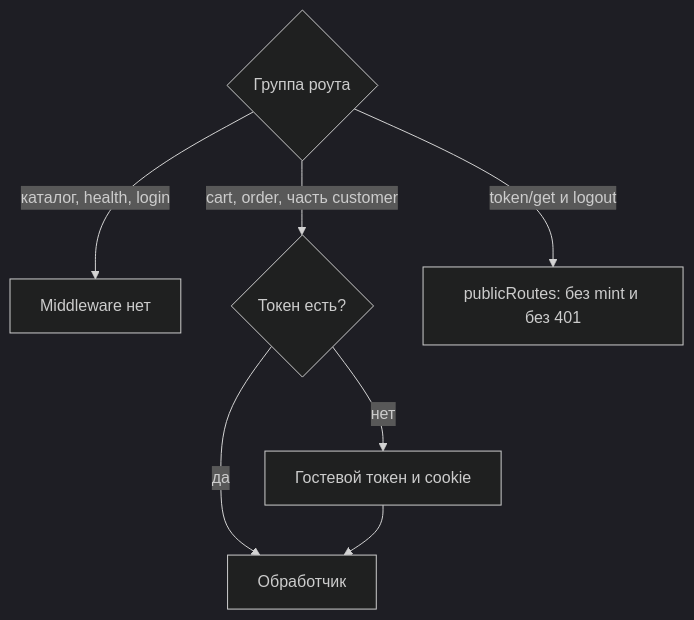
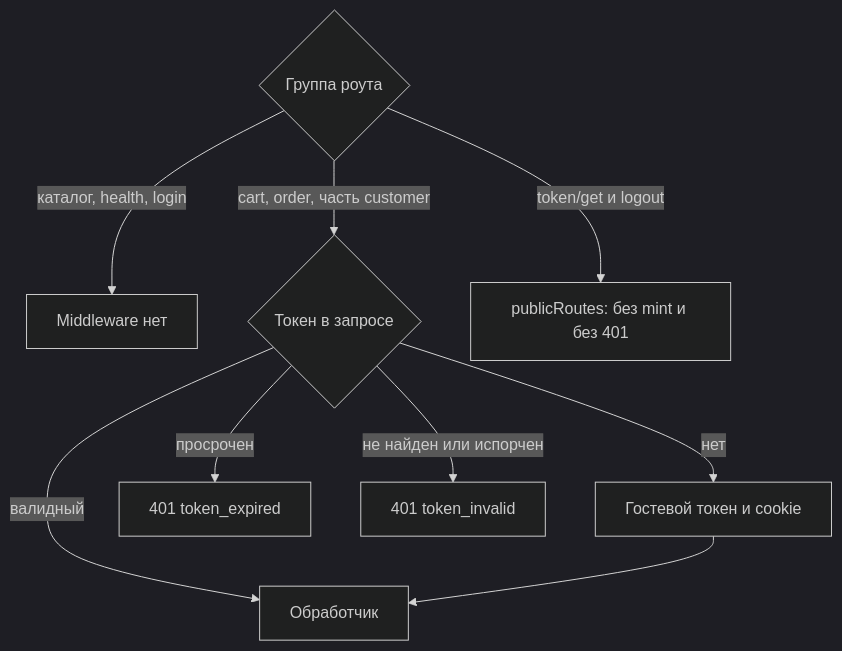
The second of 2 diagrams in docs/components/minishop3/development/web-api/auth.md (modx-pro/Docs), drawn with Mermaid (dark theme) before and after one commit. The commit also changed other lines of this file and 18 other files, not shown here.

````diff
--- a/docs/components/minishop3/development/web-api/auth.md
+++ b/docs/components/minishop3/development/web-api/auth.md
@@ -44,10 +44,12 @@
 ```mermaid
 flowchart TD
   route{"Группа роута"}
   route -->|каталог, health, login| none["Middleware нет"]
-  route -->|cart, order, часть customer| mint{"Токен есть?"}
-  mint -->|нет| guest["Гостевой токен и cookie"]
-  mint -->|да| handler["Обработчик"]
+  route -->|cart, order, часть customer| tok{"Токен в запросе"}
+  tok -->|нет| guest["Гостевой токен и cookie"]
+  tok -->|валидный| handler["Обработчик"]
+  tok -->|просрочен| expired["401 token_expired"]
+  tok -->|не найден или испорчен| invalid["401 token_invalid"]
   guest --> handler
   route -->|token/get и logout| optional["publicRoutes: без mint и без 401"]
 ```
````
